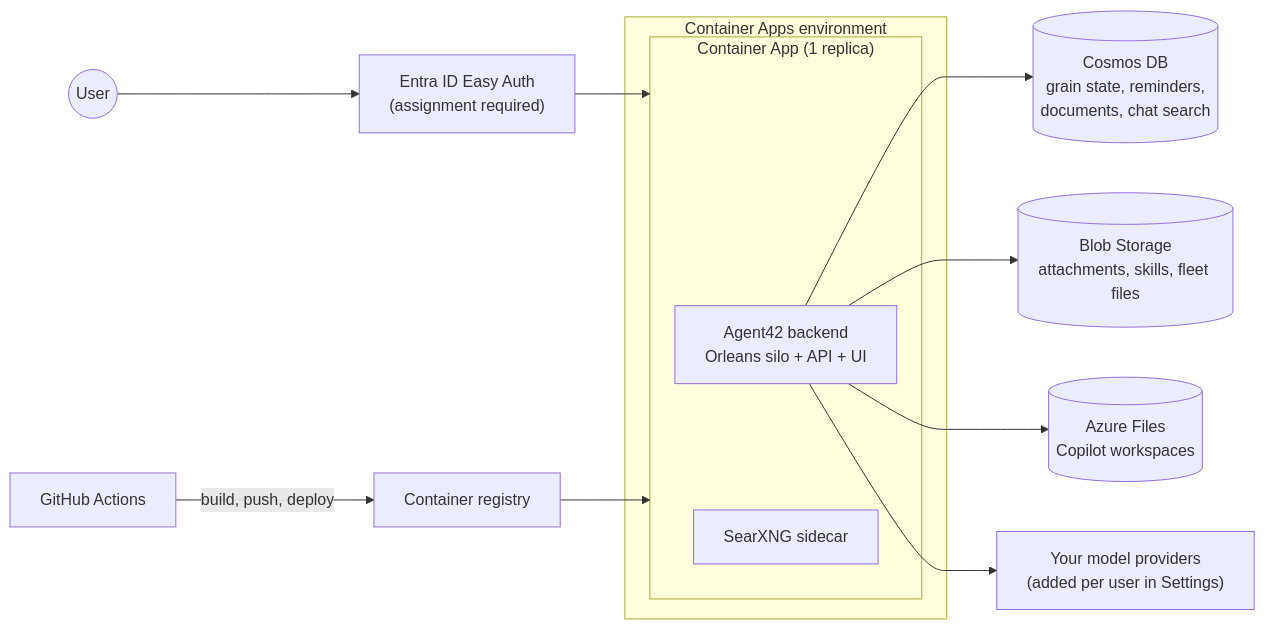
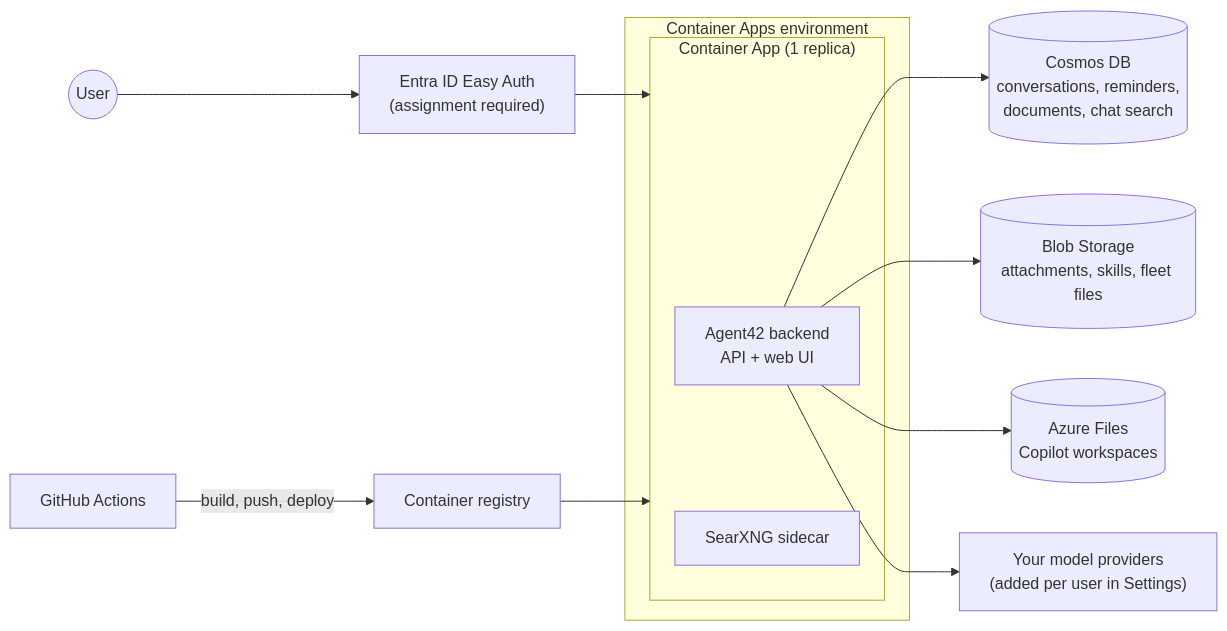
One commit to Expecho/Agent42 changed the diagram in docs/setup/azure.md. Above: the diagram before and after it, drawn with Mermaid. The commit also changed other lines of this file and 37 other files, not shown here.

````diff
--- a/docs/setup/azure.md
+++ b/docs/setup/azure.md
@@ -12,16 +12,16 @@
 ```mermaid
 flowchart LR
   User((User)) --> Auth["Entra ID Easy Auth<br/>(assignment required)"]
   Auth --> App
   subgraph CAE["Container Apps environment"]
     subgraph App["Container App (1 replica)"]
-      Backend["Agent42 backend<br/>Orleans silo + API + UI"]
+      Backend["Agent42 backend<br/>API + web UI"]
       Searx["SearXNG sidecar"]
     end
   end
-  Backend --> Cosmos[("Cosmos DB<br/>grain state, reminders,<br/>documents, chat search")]
+  Backend --> Cosmos[("Cosmos DB<br/>conversations, reminders,<br/>documents, chat search")]
   Backend --> Blob[("Blob Storage<br/>attachments, skills, fleet files")]
   Backend --> Files[("Azure Files<br/>Copilot workspaces")]
   Backend --> Models["Your model providers<br/>(added per user in Settings)"]
   GH["GitHub Actions"] -- "build, push, deploy" --> ACR["Container registry"] --> App
 ```
````
